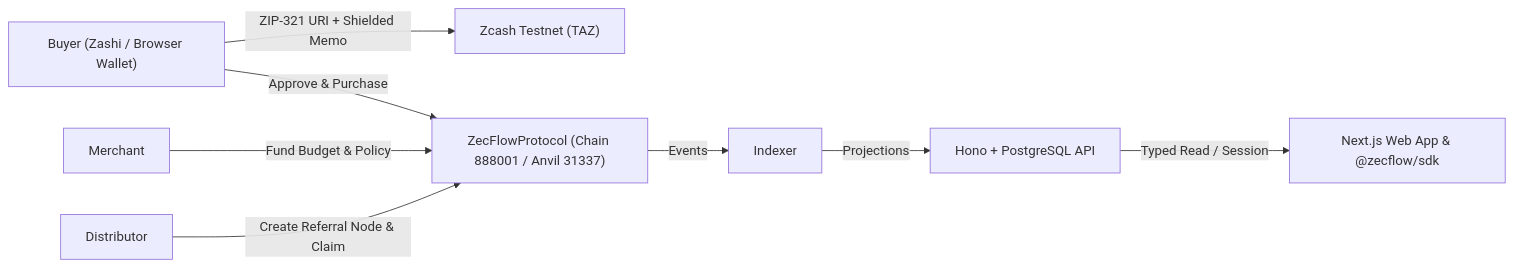
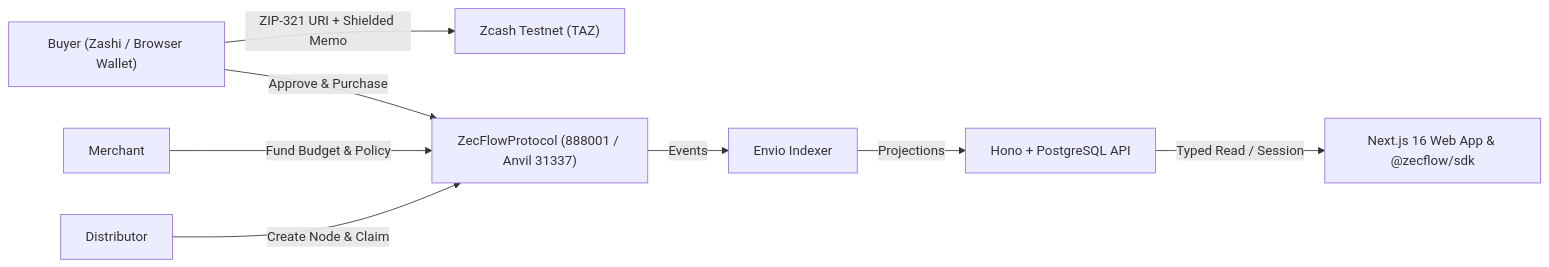
One commit to saymanlal/ZecFlow changed the second of 2 diagrams in README.md. Above: the diagram before and after it, drawn with Mermaid. The commit also changed other lines of this file and 65 other files, not shown here.

````diff
--- a/README.md
+++ b/README.md
@@ -34,10 +120,10 @@
 ```mermaid
 flowchart LR
   Buyer["Buyer (Zashi / Browser Wallet)"] -->|"ZIP-321 URI + Shielded Memo"| Zcash["Zcash Testnet (TAZ)"]
-  Buyer -->|"Approve & Purchase"| Contracts["ZecFlowProtocol (Chain 888001 / Anvil 31337)"]
+  Buyer -->|"Approve & Purchase"| Contracts["ZecFlowProtocol (888001 / Anvil 31337)"]
   Merchant["Merchant"] -->|"Fund Budget & Policy"| Contracts
-  Distributor["Distributor"] -->|"Create Referral Node & Claim"| Contracts
-  Contracts -->|"Events"| Indexer["Indexer"]
+  Distributor["Distributor"] -->|"Create Node & Claim"| Contracts
+  Contracts -->|"Events"| Indexer["Envio Indexer"]
   Indexer -->|"Projections"| API["Hono + PostgreSQL API"]
-  API -->|"Typed Read / Session"| Web["Next.js Web App & @zecflow/sdk"]
+  API -->|"Typed Read / Session"| Web["Next.js 16 Web App & @zecflow/sdk"]
 ```
````
